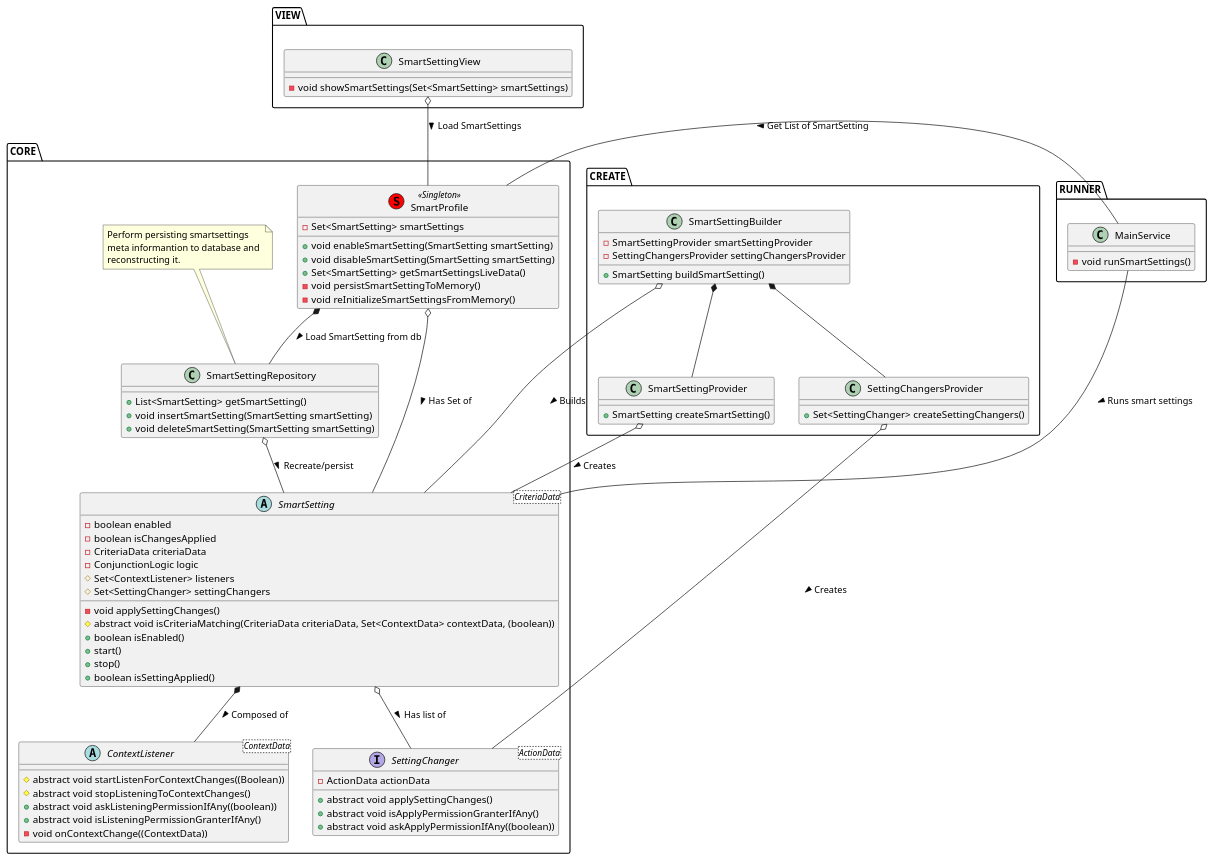
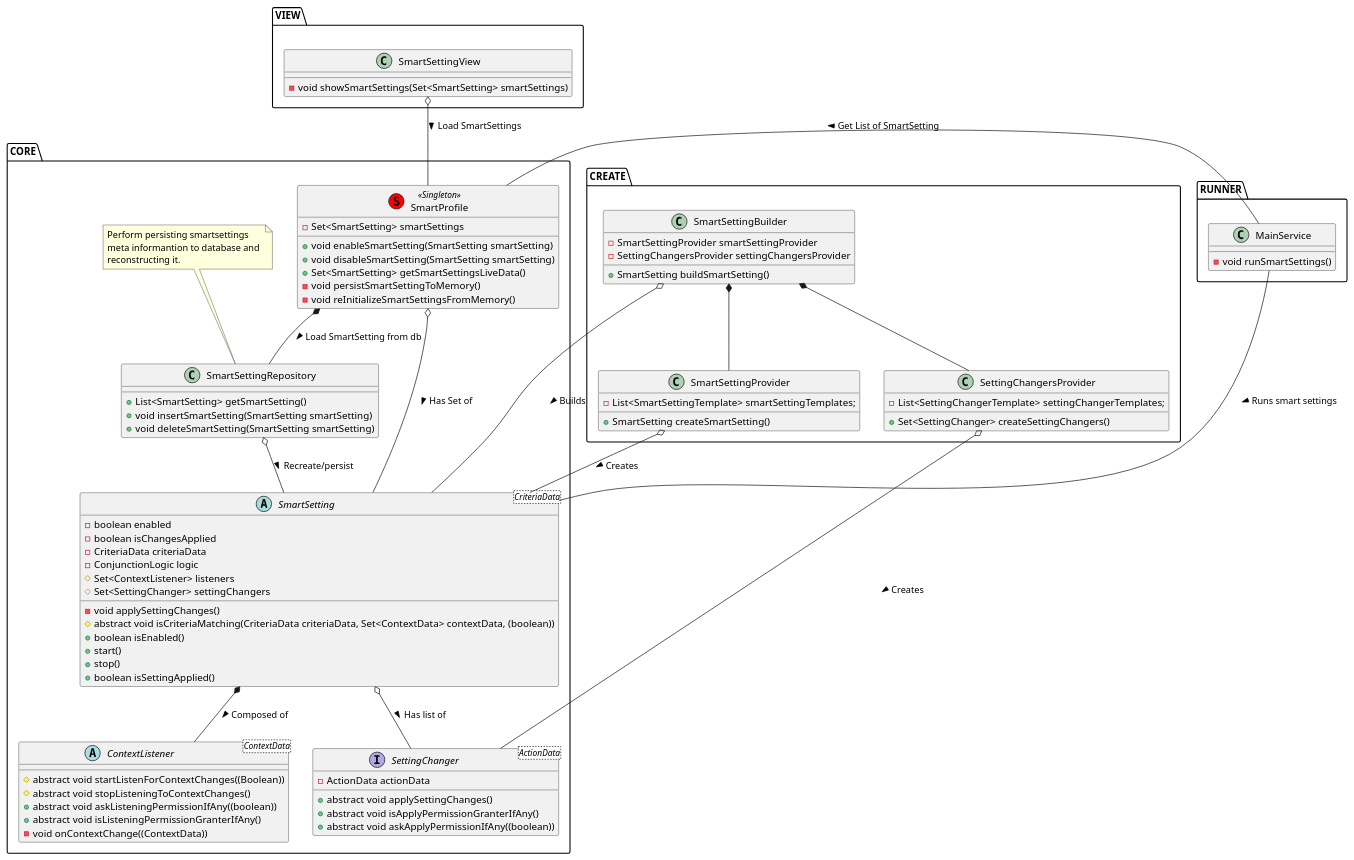
Before and after one commit to praslnx8/SmartSettings: the diagram in MDD/class_diagram.puml, drawn with PlantUML. The commit also changed 14 other files, not shown here.

```diff
--- a/MDD/class_diagram.puml
+++ b/MDD/class_diagram.puml
@@ -1,106 +1,108 @@
 @startuml
 
 package CORE {
 
 abstract class ContextListener<ContextData> {
     # abstract void startListenForContextChanges((Boolean))
     # abstract void stopListeningToContextChanges()
     + abstract void askListeningPermissionIfAny((boolean))
     + abstract void isListeningPermissionGranterIfAny()
     - void onContextChange((ContextData))
 }
 
 interface SettingChanger<ActionData> {
     - ActionData actionData
     + abstract void applySettingChanges()
     + abstract void isApplyPermissionGranterIfAny()
     + abstract void askApplyPermissionIfAny((boolean))
 }
 
 abstract class SmartSetting<CriteriaData> {
     - boolean enabled
     - boolean isChangesApplied
     - CriteriaData criteriaData
     - ConjunctionLogic logic
     # Set<ContextListener> listeners
     # Set<SettingChanger> settingChangers
     - void applySettingChanges()
     # abstract void isCriteriaMatching(CriteriaData criteriaData, Set<ContextData> contextData, (boolean))
     + boolean isEnabled()
     + start()
     + stop()
     + boolean isSettingApplied()
 }
 
 SmartSetting *-- ContextListener : Composed of >
 SmartSetting o-- SettingChanger : Has list of >
 
 class SmartSettingRepository {
 
     + List<SmartSetting> getSmartSetting()
     + void insertSmartSetting(SmartSetting smartSetting)
     + void deleteSmartSetting(SmartSetting smartSetting)
 }
 
 note top of SmartSettingRepository : Perform persisting smartsettings \nmeta informantion to database and \nreconstructing it.
 
 SmartSettingRepository o-- SmartSetting : Recreate/persist >
 
 class SmartProfile <<(S,red) Singleton>> {
     - Set<SmartSetting> smartSettings
     + void enableSmartSetting(SmartSetting smartSetting)
     + void disableSmartSetting(SmartSetting smartSetting)
     + Set<SmartSetting> getSmartSettingsLiveData()
     - void persistSmartSettingToMemory()
     - void reInitializeSmartSettingsFromMemory()
 }
 
 SmartProfile o-- SmartSetting : Has Set of >
 SmartProfile *-- SmartSettingRepository : Load SmartSetting from db >
 }
 
 package CREATE {
 
 class SmartSettingProvider {
+    - List<SmartSettingTemplate> smartSettingTemplates;
     + SmartSetting createSmartSetting()
 }
 
 SmartSettingProvider o-- SmartSetting : Creates >
 
 class SettingChangersProvider {
+    - List<SettingChangerTemplate> settingChangerTemplates;
     + Set<SettingChanger> createSettingChangers()
 }
 
 SettingChangersProvider o-- SettingChanger : Creates >
 
 class SmartSettingBuilder {
     - SmartSettingProvider smartSettingProvider
     - SettingChangersProvider settingChangersProvider
     + SmartSetting buildSmartSetting()
 }
 
 SmartSettingBuilder *-- SmartSettingProvider
 SmartSettingBuilder *-- SettingChangersProvider
 SmartSettingBuilder o-- SmartSetting : Builds >
 
 }
 
 package RUNNER {
 
 class MainService {
     - void runSmartSettings()
 }
 
 MainService - SmartSetting : Runs smart settings >
 MainService - SmartProfile : Get List of SmartSetting >
 }
 
 package VIEW {
     class SmartSettingView {
         - void showSmartSettings(Set<SmartSetting> smartSettings)
     }
 
     SmartSettingView o-- SmartProfile : Load SmartSettings >
 }
 
 @enduml
```
